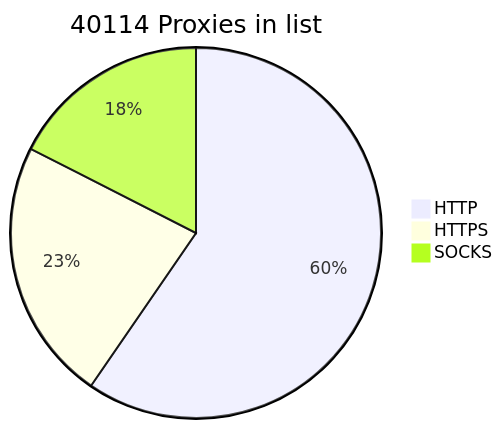
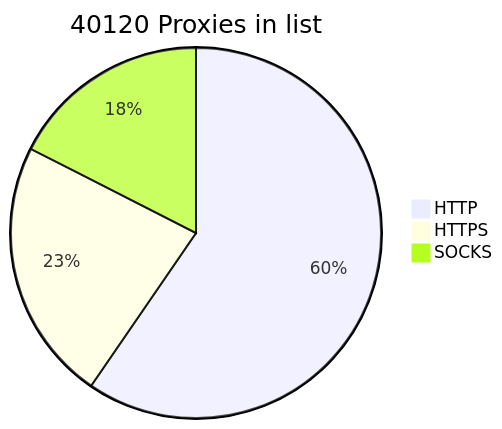
The diagram in README.md (BlackSnowDot/proxylist-update-every-minute), drawn with Mermaid before and after one commit.

````diff
--- a/README.md
+++ b/README.md
@@ -2,6 +2,6 @@
 ```mermaid
-pie title 40114 Proxies in list
-    "HTTP" : 28187
-    "HTTPS": 10838
+pie title 40120 Proxies in list
+    "HTTP" : 28186
+    "HTTPS": 10846
     "SOCKS" : 8283
 ```
````
